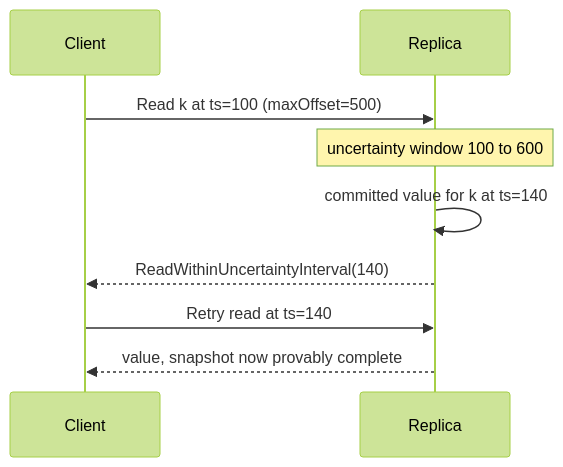
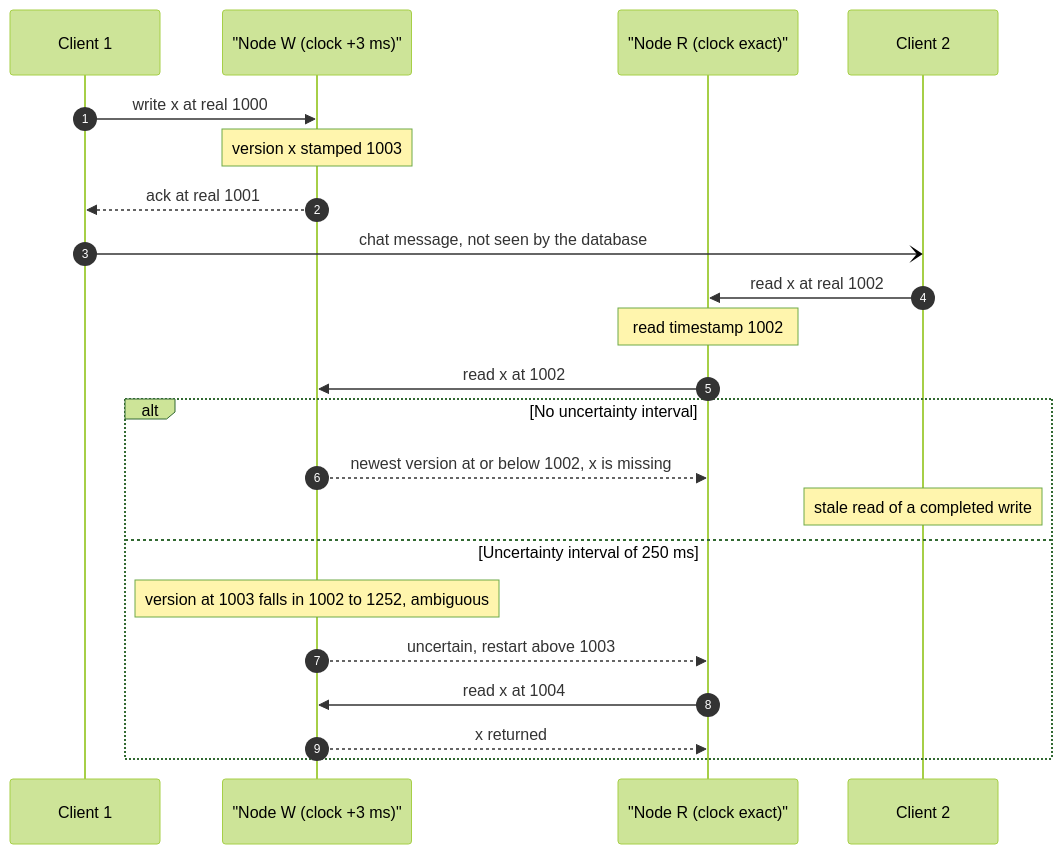
Before and after one commit to gorkemsari/distributed-systems: the third of 5 diagrams in src/content/docs/en/foundations/time-and-ordering/hybrid-logical-clocks.mdx, drawn with Mermaid (forest theme). The commit also changed other lines of this file and 3 other files, not shown here.

````diff
--- a/src/content/docs/en/foundations/time-and-ordering/hybrid-logical-clocks.mdx
+++ b/src/content/docs/en/foundations/time-and-ordering/hybrid-logical-clocks.mdx
@@ -165,11 +74,24 @@
 ```mermaid
 sequenceDiagram
-    participant C as Client
-    participant R as Replica
-    C->>R: Read k at ts=100 (maxOffset=500)
-    Note over R: uncertainty window 100 to 600
-    R->>R: committed value for k at ts=140
-    R-->>C: ReadWithinUncertaintyInterval(140)
-    C->>R: Retry read at ts=140
-    R-->>C: value, snapshot now provably complete
+    autonumber
+    participant U1 as Client 1
+    participant W as "Node W (clock +3 ms)"
+    participant R as "Node R (clock exact)"
+    participant U2 as Client 2
+    U1->>W: write x at real 1000
+    Note over W: version x stamped 1003
+    W-->>U1: ack at real 1001
+    U1-)U2: chat message, not seen by the database
+    U2->>R: read x at real 1002
+    Note over R: read timestamp 1002
+    R->>W: read x at 1002
+    alt No uncertainty interval
+        W-->>R: newest version at or below 1002, x is missing
+        Note over U2: stale read of a completed write
+    else Uncertainty interval of 250 ms
+        Note over W: version at 1003 falls in 1002 to 1252, ambiguous
+        W-->>R: uncertain, restart above 1003
+        R->>W: read x at 1004
+        W-->>R: x returned
+    end
 ```
````
